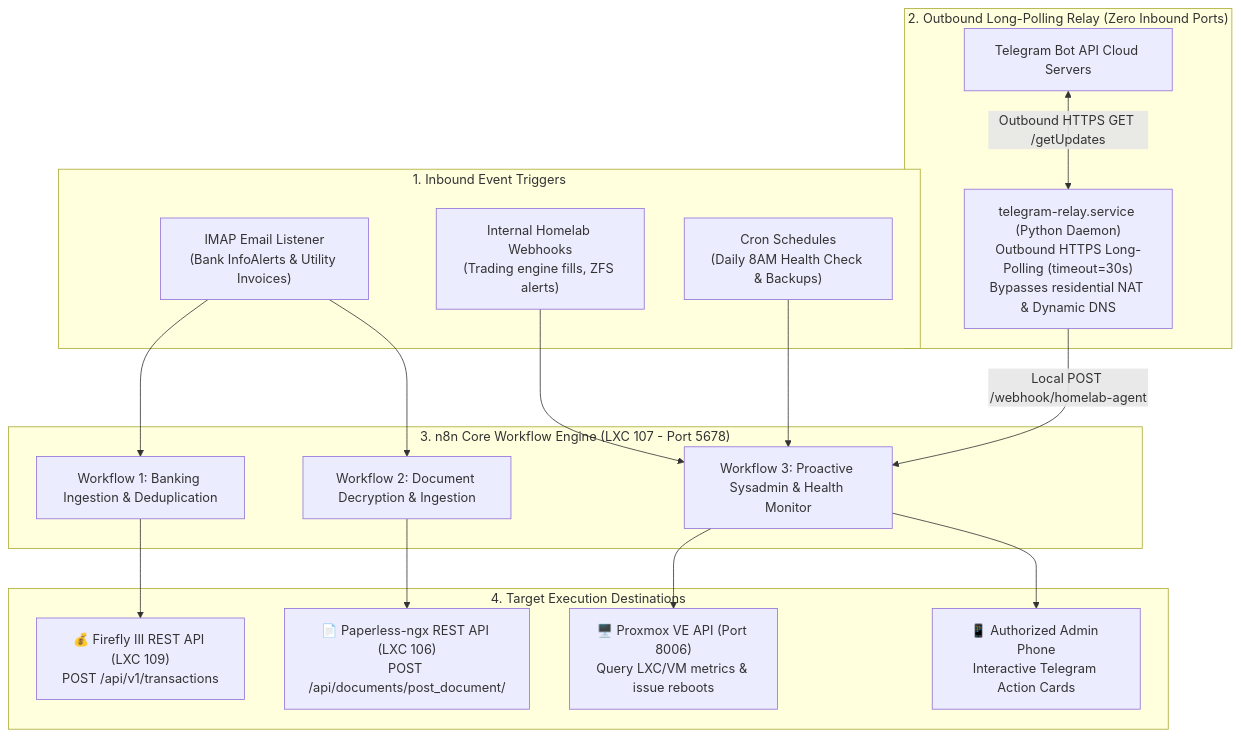
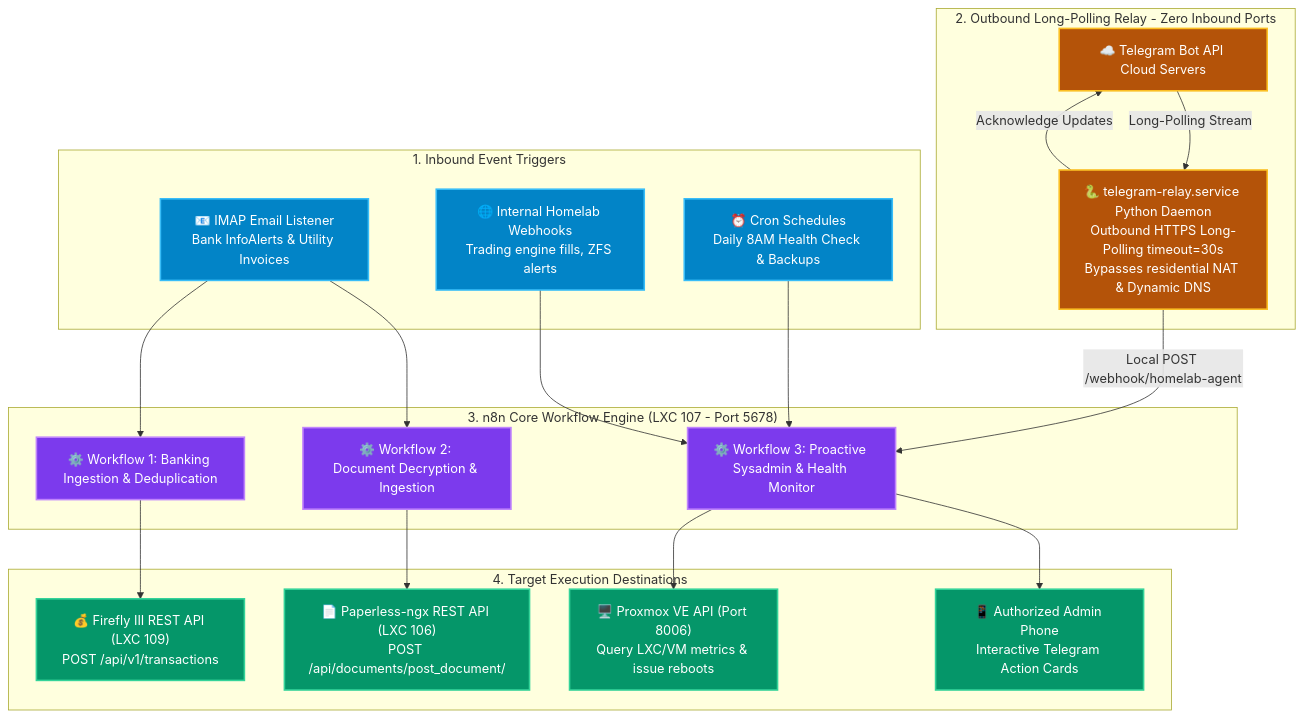
One commit to nishilshah/homelab-blueprints changed the diagram in services/n8n-automation/README.md. Above: the diagram before and after it, drawn with Mermaid. The commit also changed 14 other files, not shown here.

Commit message:
fix(docs): resolve GitHub Mermaid rendering errors and add vibrant color themes across all diagrams

````diff
--- a/services/n8n-automation/README.md
+++ b/services/n8n-automation/README.md
@@ -26,35 +26,45 @@
 ```mermaid
 flowchart TD
+    classDef trigger fill:#0284c7,stroke:#38bdf8,stroke-width:2px,color:#ffffff;
+    classDef relay fill:#b45309,stroke:#fbbf24,stroke-width:2px,color:#ffffff;
+    classDef workflow fill:#7c3aed,stroke:#c084fc,stroke-width:2px,color:#ffffff;
+    classDef action fill:#059669,stroke:#34d399,stroke-width:2px,color:#ffffff;
+
     subgraph Triggers ["1. Inbound Event Triggers"]
-        EmailPoll["IMAP Email Listener<br/>(Bank InfoAlerts & Utility Invoices)"]
-        CronTimer["Cron Schedules<br/>(Daily 8AM Health Check & Backups)"]
-        Webhooks["Internal Homelab Webhooks<br/>(Trading engine fills, ZFS alerts)"]
+        EmailPoll["📧 IMAP Email Listener<br/>Bank InfoAlerts & Utility Invoices"]:::trigger
+        CronTimer["⏰ Cron Schedules<br/>Daily 8AM Health Check & Backups"]:::trigger
+        Webhooks["🌐 Internal Homelab Webhooks<br/>Trading engine fills, ZFS alerts"]:::trigger
     end
 
-    subgraph LongPollingRelay ["2. Outbound Long-Polling Relay (Zero Inbound Ports)"]
-        TelegramCloud["Telegram Bot API Cloud Servers"]
-        RelayDaemon["telegram-relay.service (Python Daemon)<br/>Outbound HTTPS Long-Polling (timeout=30s)<br/>Bypasses residential NAT & Dynamic DNS"]
+    subgraph LongPollingRelay ["2. Outbound Long-Polling Relay - Zero Inbound Ports"]
+        TelegramCloud["☁️ Telegram Bot API Cloud Servers"]:::relay
+        RelayDaemon["🐍 telegram-relay.service Python Daemon<br/>Outbound HTTPS Long-Polling timeout=30s<br/>Bypasses residential NAT & Dynamic DNS"]:::relay
         
-        TelegramCloud <-->|Outbound HTTPS GET /getUpdates| RelayDaemon
+        TelegramCloud -->|Long-Polling Stream| RelayDaemon
+        RelayDaemon -->|Acknowledge Updates| TelegramCloud
     end
 
     subgraph n8nCore ["3. n8n Core Workflow Engine (LXC 107 - Port 5678)"]
+        WF_Bank["⚙️ Workflow 1: Banking Ingestion & Deduplication"]:::workflow
+        WF_Doc["⚙️ Workflow 2: Document Decryption & Ingestion"]:::workflow
+        WF_Admin["⚙️ Workflow 3: Proactive Sysadmin & Health Monitor"]:::workflow
+        
         RelayDaemon -->|Local POST /webhook/homelab-agent| WF_Admin
-        EmailPoll --> WF_Bank["Workflow 1: Banking Ingestion & Deduplication"]
-        EmailPoll --> WF_Doc["Workflow 2: Document Decryption & Ingestion"]
-        CronTimer --> WF_Admin["Workflow 3: Proactive Sysadmin & Health Monitor"]
+        EmailPoll --> WF_Bank
+        EmailPoll --> WF_Doc
+        CronTimer --> WF_Admin
         Webhooks --> WF_Admin
     end
 
     subgraph Actions ["4. Target Execution Destinations"]
-        Firefly["💰 Firefly III REST API (LXC 109)<br/>POST /api/v1/transactions"]
-        Paperless["📄 Paperless-ngx REST API (LXC 106)<br/>POST /api/documents/post_document/"]
-        PVE["🖥️ Proxmox VE API (Port 8006)<br/>Query LXC/VM metrics & issue reboots"]
-        TG_Alerts["📱 Authorized Admin Phone<br/>Interactive Telegram Action Cards"]
+        Firefly["💰 Firefly III REST API (LXC 109)<br/>POST /api/v1/transactions"]:::action
+        Paperless["📄 Paperless-ngx REST API (LXC 106)<br/>POST /api/documents/post_document/"]:::action
+        PVE["🖥️ Proxmox VE API (Port 8006)<br/>Query LXC/VM metrics & issue reboots"]:::action
+        TG_Alerts["📱 Authorized Admin Phone<br/>Interactive Telegram Action Cards"]:::action
     end
 
     WF_Bank --> Firefly
     WF_Doc --> Paperless
     WF_Admin --> PVE
     WF_Admin --> TG_Alerts
 ```
````
